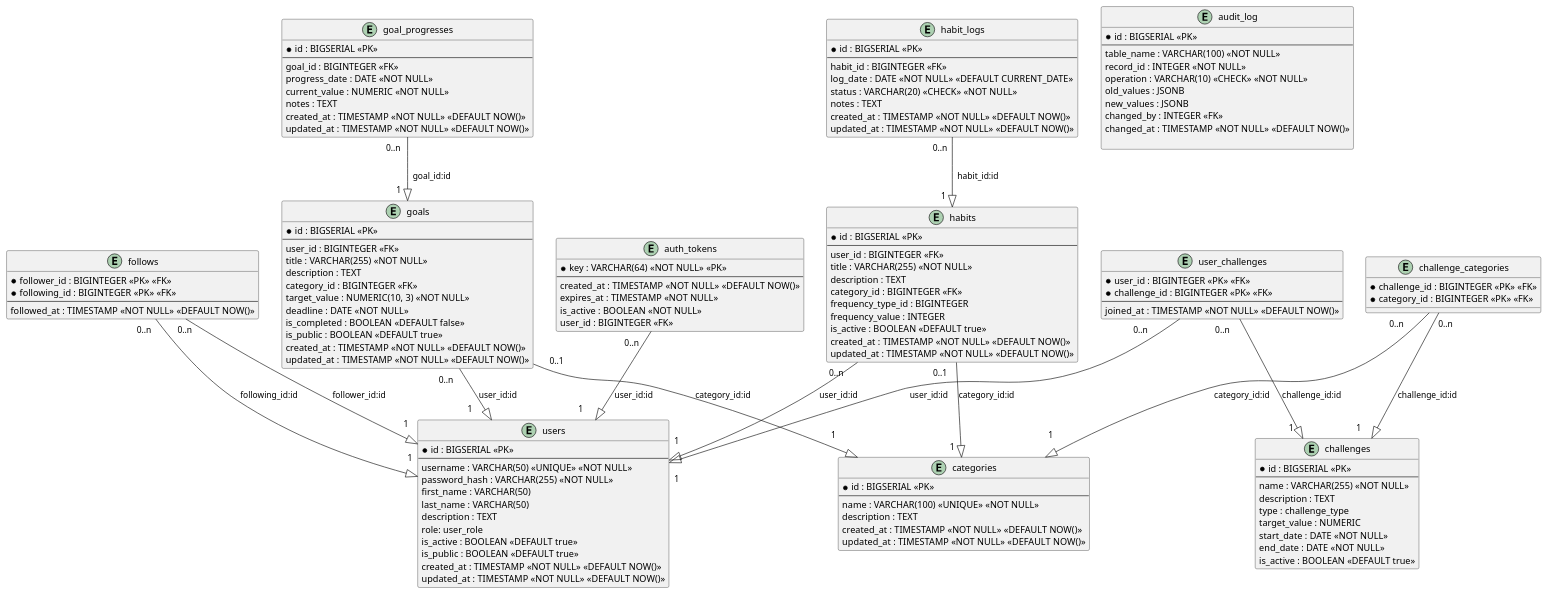
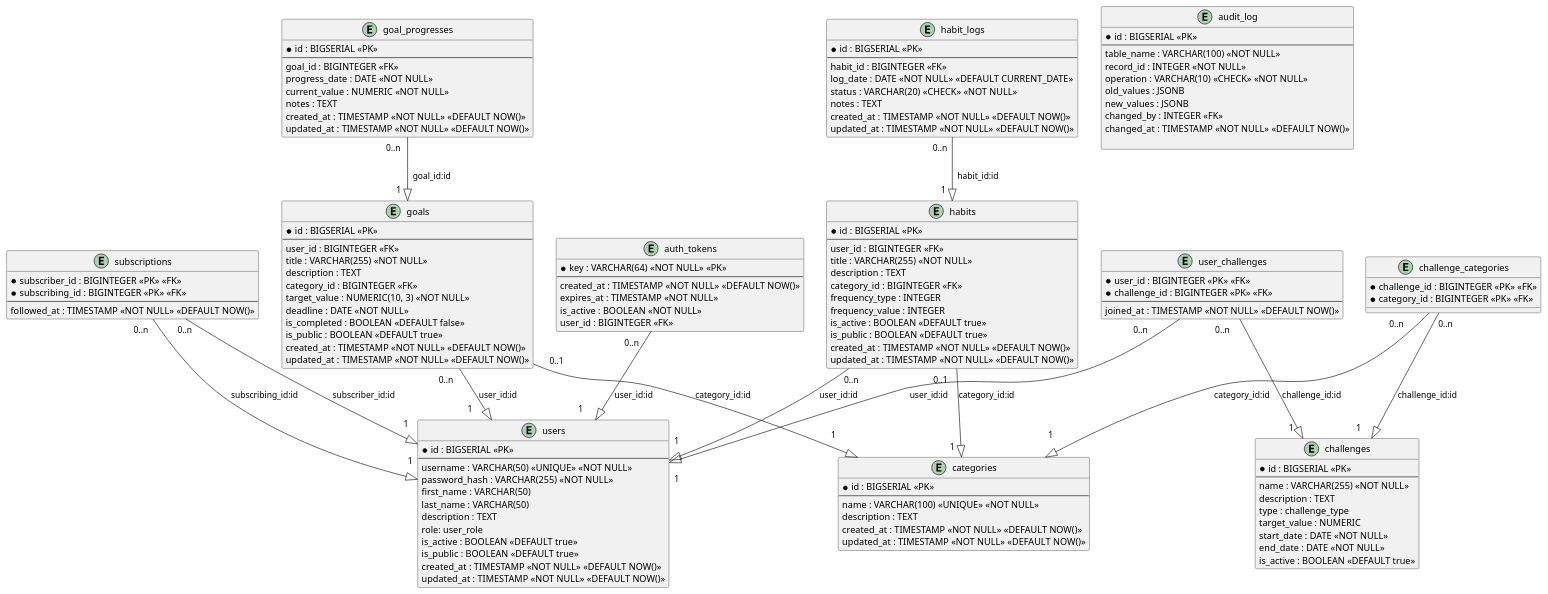
One commit to MMVlasko/bdcw changed the diagram in schema.plantuml. Above: the diagram before and after it, drawn with PlantUML. The commit also changed 25 other files, not shown here.

```diff
--- a/schema.plantuml
+++ b/schema.plantuml
@@ -1,149 +1,150 @@
 @startuml
 
 
 
 
 ' Сущности (Таблицы)
 
 entity users {
   * id : BIGSERIAL <<PK>>
   --
   username : VARCHAR(50) <<UNIQUE>> <<NOT NULL>>
   password_hash : VARCHAR(255) <<NOT NULL>>
   first_name : VARCHAR(50)
   last_name : VARCHAR(50)
   description : TEXT
   role: user_role
   is_active : BOOLEAN <<DEFAULT true>>
   is_public : BOOLEAN <<DEFAULT true>>
   created_at : TIMESTAMP <<NOT NULL>> <<DEFAULT NOW()>>
   updated_at : TIMESTAMP <<NOT NULL>> <<DEFAULT NOW()>>
 }
 
 entity auth_tokens {
   * key : VARCHAR(64) <<NOT NULL>> <<PK>>
   --
   created_at : TIMESTAMP <<NOT NULL>> <<DEFAULT NOW()>>
   expires_at : TIMESTAMP <<NOT NULL>>
   is_active : BOOLEAN <<NOT NULL>>
   user_id : BIGINTEGER <<FK>>
 }
 
 entity goals {
   * id : BIGSERIAL <<PK>>
   --
   user_id : BIGINTEGER <<FK>>
   title : VARCHAR(255) <<NOT NULL>>
   description : TEXT
   category_id : BIGINTEGER <<FK>>
   target_value : NUMERIC(10, 3) <<NOT NULL>>
   deadline : DATE <<NOT NULL>>
   is_completed : BOOLEAN <<DEFAULT false>>
   is_public : BOOLEAN <<DEFAULT true>>
   created_at : TIMESTAMP <<NOT NULL>> <<DEFAULT NOW()>>
   updated_at : TIMESTAMP <<NOT NULL>> <<DEFAULT NOW()>>
 }
 
 entity habits {
   * id : BIGSERIAL <<PK>>
   --
   user_id : BIGINTEGER <<FK>>
   title : VARCHAR(255) <<NOT NULL>>
   description : TEXT
   category_id : BIGINTEGER <<FK>>
-  frequency_type_id : BIGINTEGER
+  frequency_type : INTEGER
   frequency_value : INTEGER
   is_active : BOOLEAN <<DEFAULT true>>
+  is_public : BOOLEAN <<DEFAULT true>>
   created_at : TIMESTAMP <<NOT NULL>> <<DEFAULT NOW()>>
   updated_at : TIMESTAMP <<NOT NULL>> <<DEFAULT NOW()>>
 }
 
 entity categories {
   * id : BIGSERIAL <<PK>>
   --
   name : VARCHAR(100) <<UNIQUE>> <<NOT NULL>>
   description : TEXT
   created_at : TIMESTAMP <<NOT NULL>> <<DEFAULT NOW()>>
   updated_at : TIMESTAMP <<NOT NULL>> <<DEFAULT NOW()>>
 }
 
 entity habit_logs {
   * id : BIGSERIAL <<PK>>
   --
   habit_id : BIGINTEGER <<FK>>
   log_date : DATE <<NOT NULL>> <<DEFAULT CURRENT_DATE>>
   status : VARCHAR(20) <<CHECK>> <<NOT NULL>>
   notes : TEXT
   created_at : TIMESTAMP <<NOT NULL>> <<DEFAULT NOW()>>
   updated_at : TIMESTAMP <<NOT NULL>> <<DEFAULT NOW()>>
 }
 
 entity goal_progresses {
   * id : BIGSERIAL <<PK>>
   --
   goal_id : BIGINTEGER <<FK>>
   progress_date : DATE <<NOT NULL>>
   current_value : NUMERIC <<NOT NULL>>
   notes : TEXT
   created_at : TIMESTAMP <<NOT NULL>> <<DEFAULT NOW()>>
   updated_at : TIMESTAMP <<NOT NULL>> <<DEFAULT NOW()>>
 }
 
 entity challenges {
   * id : BIGSERIAL <<PK>>
   --
   name : VARCHAR(255) <<NOT NULL>>
   description : TEXT
   type : challenge_type
   target_value : NUMERIC
   start_date : DATE <<NOT NULL>>
   end_date : DATE <<NOT NULL>>
   is_active : BOOLEAN <<DEFAULT true>>
 }
 
 entity challenge_categories {
   * challenge_id : BIGINTEGER <<PK>> <<FK>>
   * category_id : BIGINTEGER <<PK>> <<FK>>
 }
 
 entity user_challenges {
   * user_id : BIGINTEGER <<PK>> <<FK>>
   * challenge_id : BIGINTEGER <<PK>> <<FK>>
   --
   joined_at : TIMESTAMP <<NOT NULL>> <<DEFAULT NOW()>>
 }
 
-entity follows {
-  * follower_id : BIGINTEGER <<PK>> <<FK>>
-  * following_id : BIGINTEGER <<PK>> <<FK>>
+entity subscriptions {
+  * subscriber_id : BIGINTEGER <<PK>> <<FK>>
+  * subscribing_id : BIGINTEGER <<PK>> <<FK>>
   --
   followed_at : TIMESTAMP <<NOT NULL>> <<DEFAULT NOW()>>
 }
 
 entity audit_log {
   * id : BIGSERIAL <<PK>>
   --
   table_name : VARCHAR(100) <<NOT NULL>>
   record_id : INTEGER <<NOT NULL>>
   operation : VARCHAR(10) <<CHECK>> <<NOT NULL>>
   old_values : JSONB
   new_values : JSONB
   changed_by : INTEGER <<FK>>
   changed_at : TIMESTAMP <<NOT NULL>> <<DEFAULT NOW()>>
 
 }
 
 goals  "                                 0..n   " --^ "1       "  users  : " user_id:id"
 habits    "0..n    \n" --^ "1       \n"  users  : " user_id:id"
 auth_tokens    "0..n    " --^ "1       "  users  : " user_id:id"
 goals    "\n     0..1   " --^ "1     \n"  categories : " category_id:id  "
 habits     "     0..1    " --^ "1   "  categories : "category_id:id  "
 goal_progresses  "0..n   " --^ "1   "  goals  : "  goal_id:id"
 habit_logs    "0..n  " --^ "1   "  habits  : "  habit_id:id   "
 challenge_categories    "0..n   " --^ "1      "  challenges : " challenge_id:id  "
 challenge_categories     "0..n         " --^ "1\n"  categories : "  category_id:id  "
 user_challenges    "0..n     " --^ "1   "  challenges : " challenge_id:id  "
 user_challenges     "0..n           " --^ " \n1           "  users : " user_id:id  "
-follows    "0..n" --^ "1  \n "  users : " follower_id:id  "
-follows    "0..n   " --^ "            1\n"  users : " following_id:id  "
+subscriptions   "0..n" --^ "1  \n "  users : " subscriber_id:id  "
+subscriptions    "0..n   " --^ "            1\n"  users : " subscribing_id:id  "
 @enduml
```
